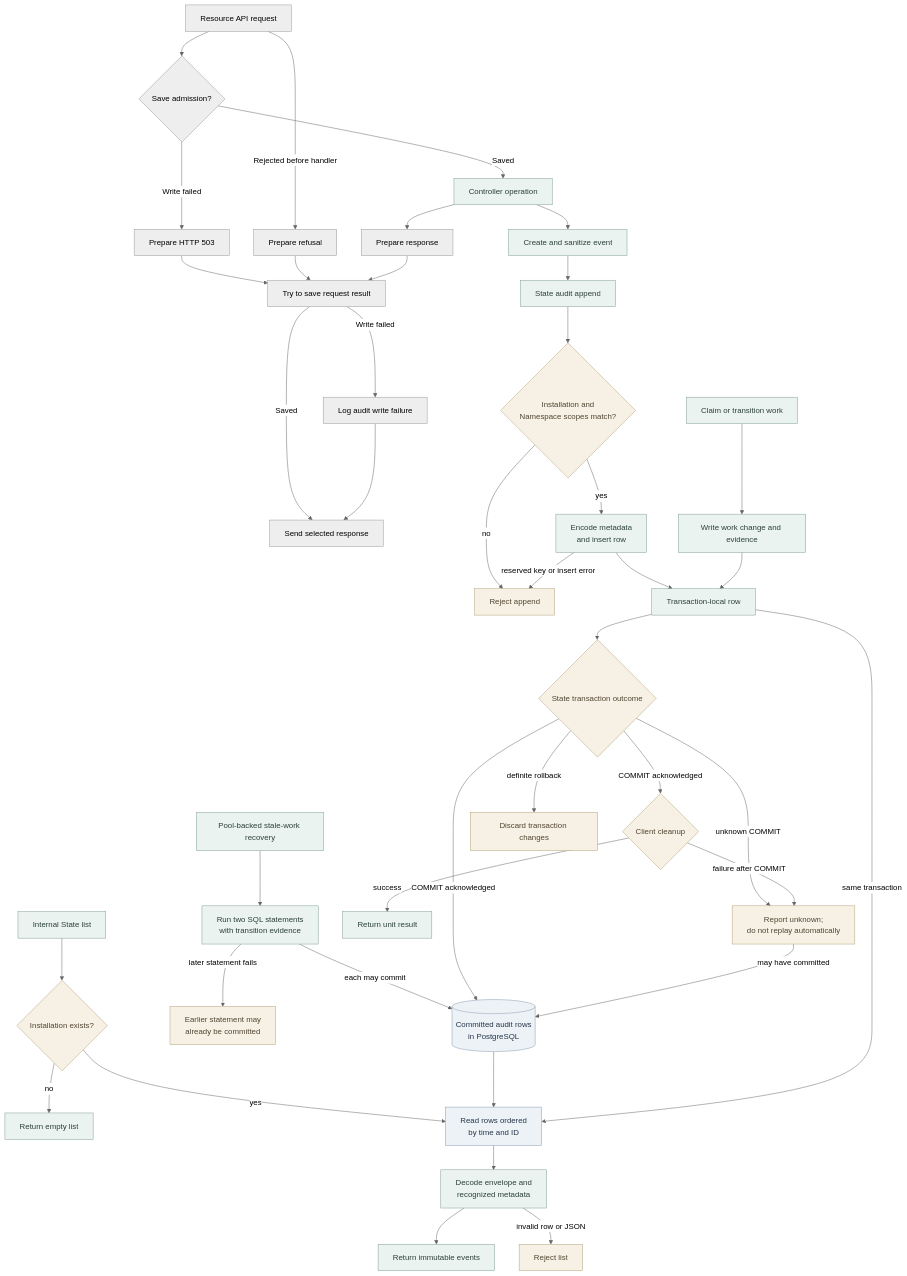
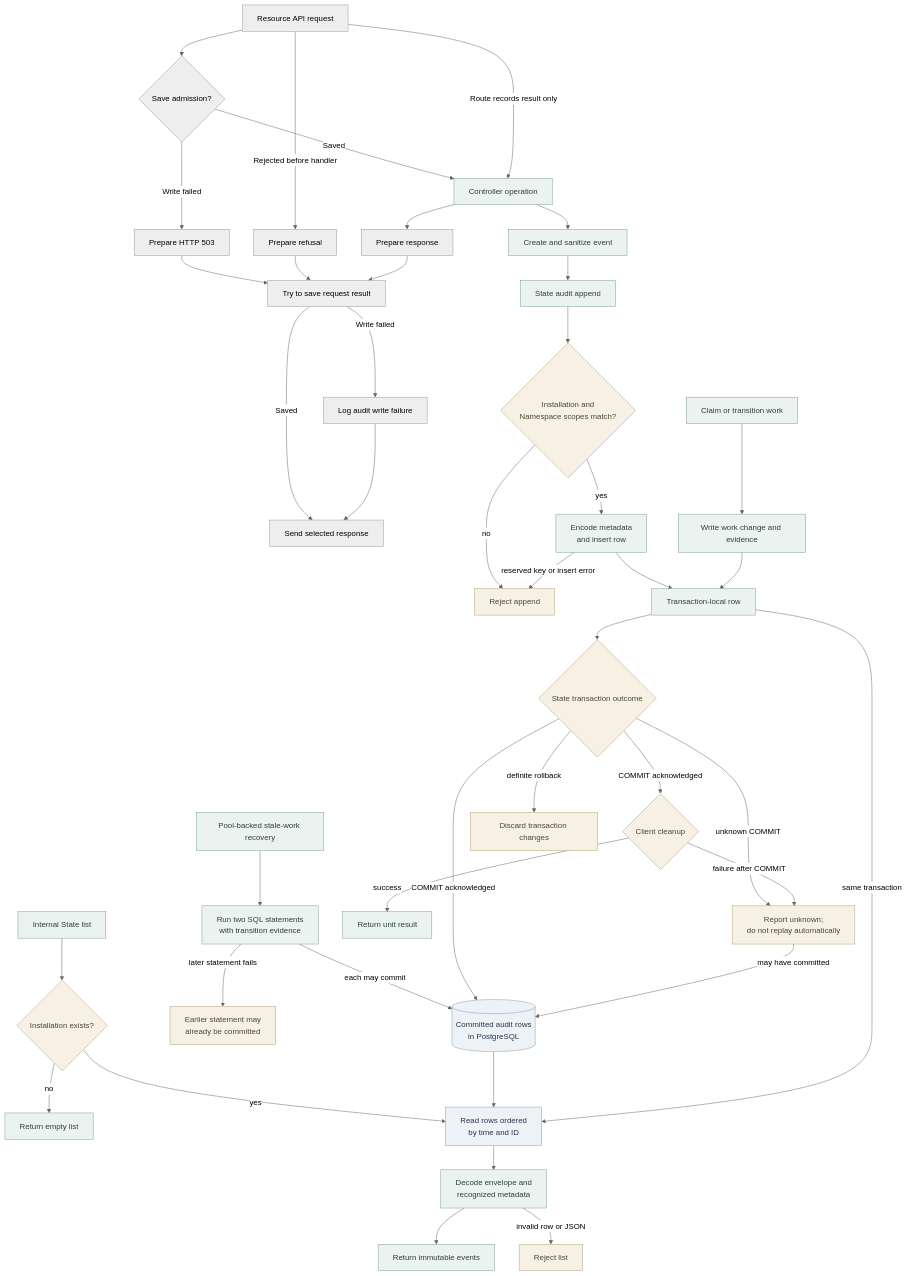
Before and after one commit to openclaw/openclaw-enterprise: the diagram in docs/flows/audit-ledger.md, drawn with Mermaid (neutral theme). The commit also changed other lines of this file and 42 other files, not shown here.

````diff
--- a/docs/flows/audit-ledger.md
+++ b/docs/flows/audit-ledger.md
@@ -31,49 +31,50 @@
 ```mermaid
 graph TD
   HTTP["Resource API request"] --> Admission{"Save admission?"}
   Admission -->|Saved| Request
   Admission -->|Write failed| Refused["Prepare HTTP 503"]
   HTTP -->|Rejected before handler| RefusedEarly["Prepare refusal"]
+  HTTP -->|Route records result only| Request
   Request --> HTTPResult["Prepare response"]
   Refused --> ResultEvent["Try to save request result"]
   RefusedEarly --> ResultEvent
   HTTPResult --> ResultEvent
   ResultEvent -->|Saved| Send["Send selected response"]
   ResultEvent -->|Write failed| Diagnostic["Log audit write failure"]
   Diagnostic --> Send
   Request["Controller operation"] --> Factory["Create and sanitize event"]
   Factory --> Append["State audit append"]
   Append --> Scope{"Installation and<br/>Namespace scopes match?"}
   Scope -->|yes| Encode["Encode metadata<br/>and insert row"]
   Scope -->|no| Reject["Reject append"]
   Encode --> Pending["Transaction-local row"]
   Encode -->|reserved key or insert error| Reject
   Queue["Claim or transition work"] --> QueueSQL["Write work change and evidence"]
   QueueSQL --> Pending
   DirectQueue["Pool-backed stale-work recovery"] --> DirectSQL["Run two SQL statements<br/>with transition evidence"]
   DirectSQL -->|each may commit| Ledger
   DirectSQL -->|later statement fails| Partial["Earlier statement may<br/>already be committed"]
   Pending --> Commit{"State transaction outcome"}
   Commit -->|COMMIT acknowledged| Ledger[("Committed audit rows<br/>in PostgreSQL")]
   Commit -->|COMMIT acknowledged| Cleanup{"Client cleanup"}
   Commit -->|definite rollback| RolledBack["Discard transaction changes"]
   Commit -->|unknown COMMIT| Unknown["Report unknown;<br/>do not replay automatically"]
   Unknown -->|may have committed| Ledger
   Cleanup -->|success| Returned["Return unit result"]
   Cleanup -->|failure after COMMIT| Unknown
   Reader["Internal State list"] --> Installation{"Installation exists?"}
   Installation -->|no| Empty["Return empty list"]
   Installation -->|yes| Rows["Read rows ordered<br/>by time and ID"]
   Ledger --> Rows
   Pending -->|same transaction| Rows
   Rows --> Decode["Decode envelope and<br/>recognized metadata"]
   Decode --> Result["Return immutable events"]
   Decode -->|invalid row or JSON| Error["Reject list"]
 
   classDef storage fill:#EDF2F7,stroke:#879AB0,color:#25364A,stroke-width:1px
   classDef operation fill:#EBF3F0,stroke:#7F9D93,color:#2B4038,stroke-width:1px
   classDef gate fill:#F7F1E5,stroke:#B3A078,color:#514532,stroke-width:1px
   class Ledger,Rows storage
   class Request,Factory,Append,Encode,Queue,QueueSQL,DirectQueue,DirectSQL,Pending,Reader,Decode,Result,Empty,Returned operation
   class Scope,Reject,Commit,RolledBack,Unknown,Cleanup,Installation,Error,Partial gate
 ```
````
